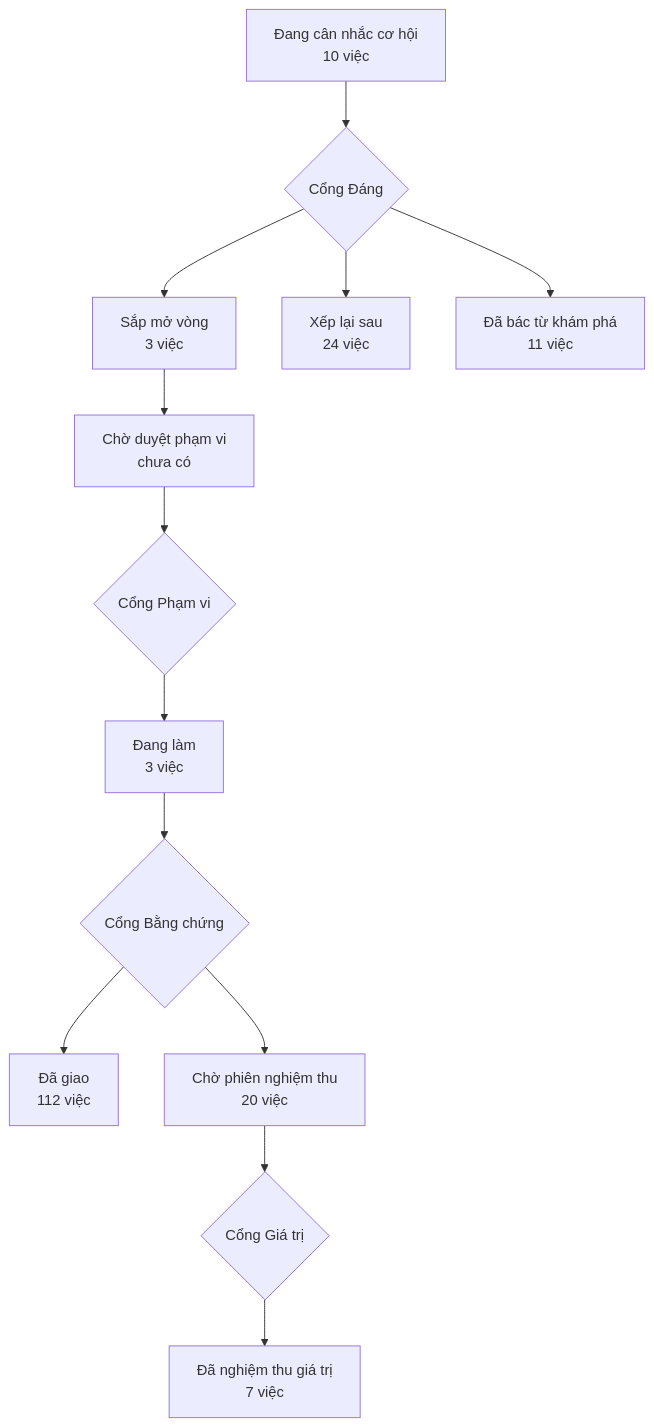
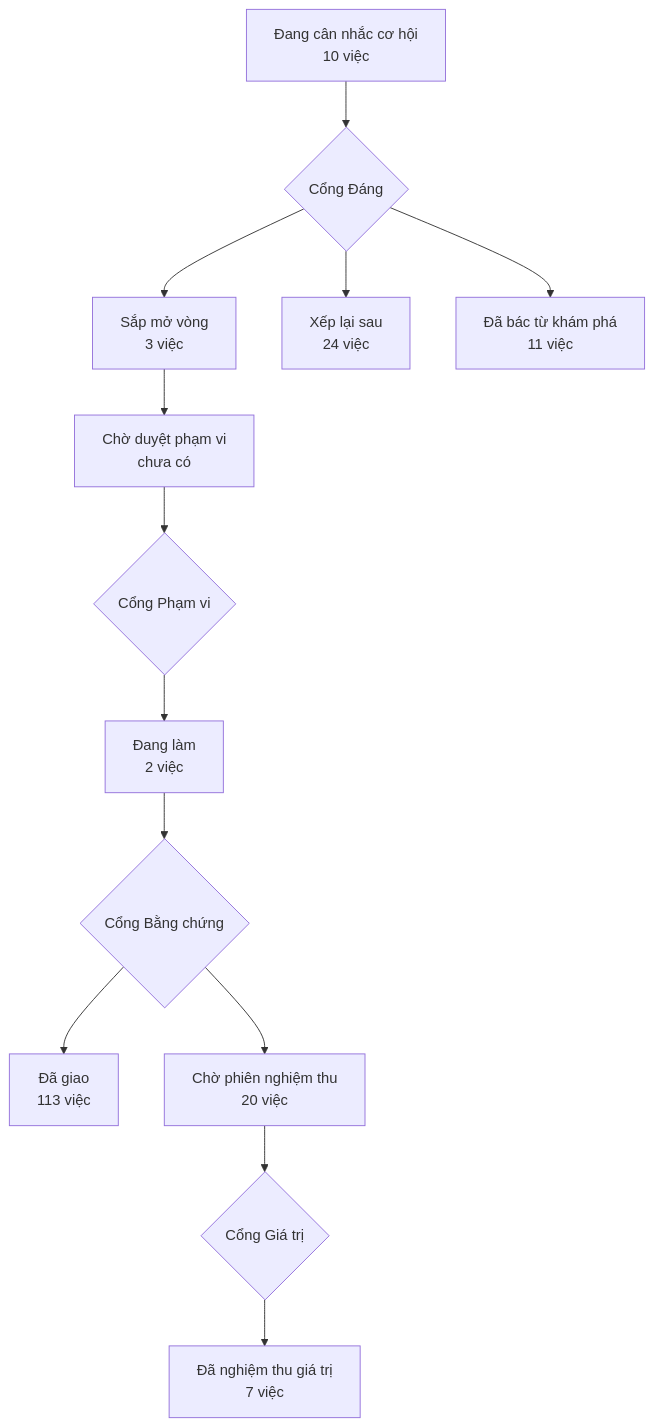
Before and after one commit to phanlemanh/acceptance-gate-kit: the diagram in PRODUCT-MAP.md, drawn with Mermaid. The commit also changed 5 other files, not shown here.

````diff
--- a/PRODUCT-MAP.md
+++ b/PRODUCT-MAP.md
@@ -7,12 +7,12 @@
 ```mermaid
 flowchart TD
   A["Đang cân nhắc cơ hội<br/>10 việc"] --> GD{"Cổng Đáng"}
   GD --> B["Sắp mở vòng<br/>3 việc"]
   GD --> XL["Xếp lại sau<br/>24 việc"]
   GD --> DB["Đã bác từ khám phá<br/>11 việc"]
   B --> CD["Chờ duyệt phạm vi<br/>chưa có"] --> GP{"Cổng Phạm vi"}
-  GP --> DL["Đang làm<br/>3 việc"] --> GB{"Cổng Bằng chứng"}
-  GB --> DG["Đã giao<br/>112 việc"]
+  GP --> DL["Đang làm<br/>2 việc"] --> GB{"Cổng Bằng chứng"}
+  GB --> DG["Đã giao<br/>113 việc"]
   GB --> CN["Chờ phiên nghiệm thu<br/>20 việc"] --> GG{"Cổng Giá trị"}
   GG --> NT["Đã nghiệm thu giá trị<br/>7 việc"]
 ```
````
